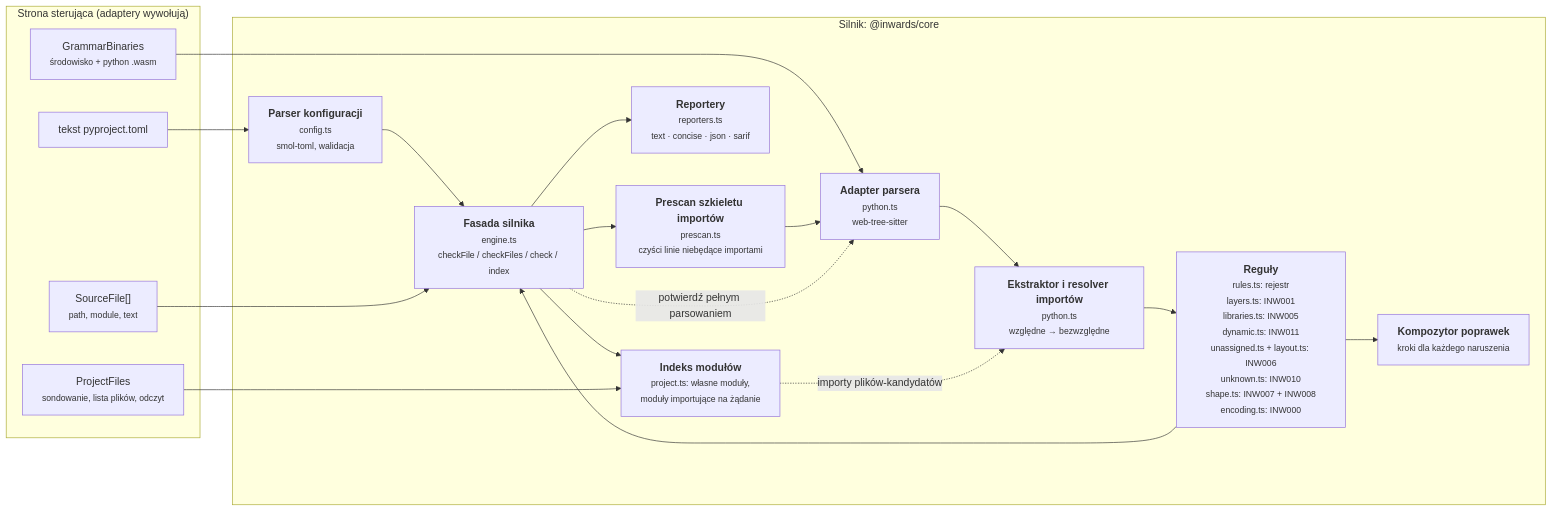
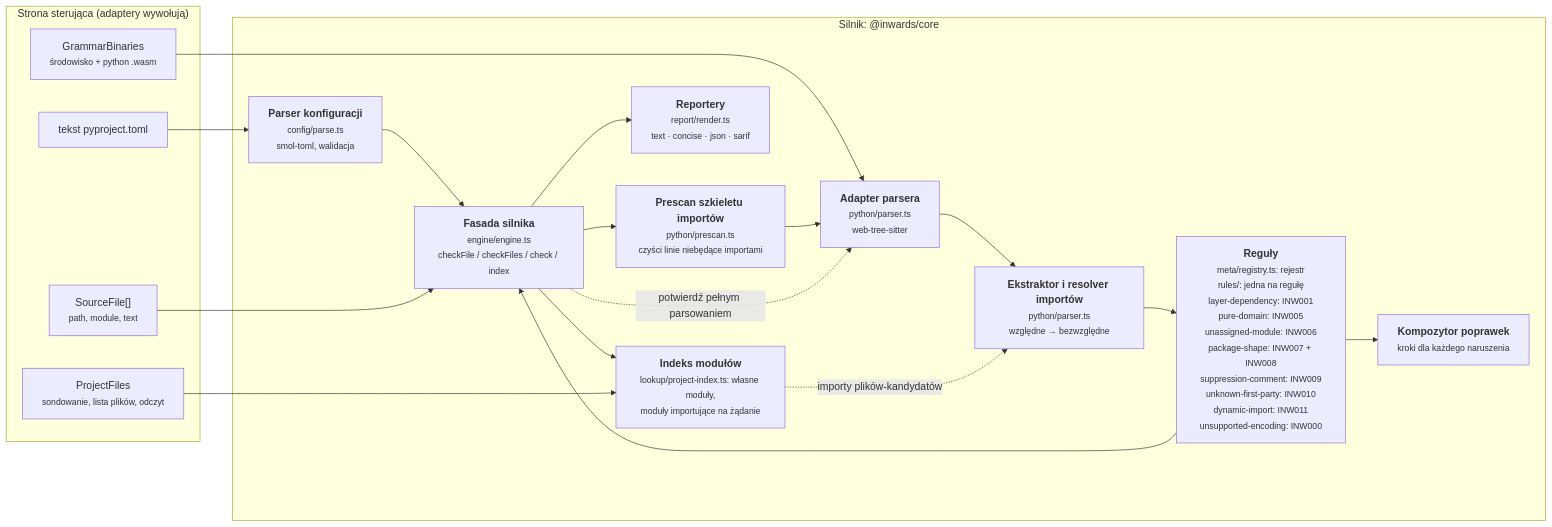
Before and after one commit to SirCypkowskyy/inwards: the third of 6 diagrams in docs/pl/03-Architecture-C4.md, drawn with Mermaid. The commit also changed other lines of this file and 5 other files, not shown here.

First line of the commit message:
docs(core): package guide, code map and diagram for the new layout

````diff
--- a/docs/pl/03-Architecture-C4.md
+++ b/docs/pl/03-Architecture-C4.md
@@ -104,33 +104,33 @@
 ```mermaid
 flowchart LR
     subgraph driving["Strona sterująca (adaptery wywołują)"]
         files["SourceFile[]<br/><small>path, module, text</small>"]
         cfgtext["tekst pyproject.toml"]
         wasm["GrammarBinaries<br/><small>środowisko + python .wasm</small>"]
         pfiles["ProjectFiles<br/><small>sondowanie, lista plików, odczyt</small>"]
     end
 
     subgraph enginebox["Silnik: @inwards/core"]
-        config["<b>Parser konfiguracji</b><br/><small>config.ts<br/>smol-toml, walidacja</small>"]
-        pre["<b>Prescan szkieletu importów</b><br/><small>prescan.ts<br/>czyści linie niebędące importami</small>"]
-        parser["<b>Adapter parsera</b><br/><small>python.ts<br/>web-tree-sitter</small>"]
-        extract["<b>Ekstraktor i resolver importów</b><br/><small>python.ts<br/>względne → bezwzględne</small>"]
-        rules["<b>Reguły</b><br/><small>rules.ts: rejestr<br/>layers.ts: INW001<br/>libraries.ts: INW005<br/>dynamic.ts: INW011<br/>unassigned.ts + layout.ts: INW006<br/>unknown.ts: INW010<br/>shape.ts: INW007 + INW008<br/>encoding.ts: INW000</small>"]
+        config["<b>Parser konfiguracji</b><br/><small>config/parse.ts<br/>smol-toml, walidacja</small>"]
+        pre["<b>Prescan szkieletu importów</b><br/><small>python/prescan.ts<br/>czyści linie niebędące importami</small>"]
+        parser["<b>Adapter parsera</b><br/><small>python/parser.ts<br/>web-tree-sitter</small>"]
+        extract["<b>Ekstraktor i resolver importów</b><br/><small>python/parser.ts<br/>względne → bezwzględne</small>"]
+        rules["<b>Reguły</b><br/><small>meta/registry.ts: rejestr<br/>rules/: jedna na regułę<br/>layer-dependency: INW001<br/>pure-domain: INW005<br/>unassigned-module: INW006<br/>package-shape: INW007 + INW008<br/>suppression-comment: INW009<br/>unknown-first-party: INW010<br/>dynamic-import: INW011<br/>unsupported-encoding: INW000</small>"]
         fix["<b>Kompozytor poprawek</b><br/><small>kroki dla każdego naruszenia</small>"]
-        report["<b>Reportery</b><br/><small>reporters.ts<br/>text · concise · json · sarif</small>"]
-        engine["<b>Fasada silnika</b><br/><small>engine.ts<br/>checkFile / checkFiles / check / index</small>"]
-        modgraph["<b>Indeks modułów</b><br/><small>project.ts: własne moduły,<br/>moduły importujące na żądanie</small>"]
+        report["<b>Reportery</b><br/><small>report/render.ts<br/>text · concise · json · sarif</small>"]
+        engine["<b>Fasada silnika</b><br/><small>engine/engine.ts<br/>checkFile / checkFiles / check / index</small>"]
+        modgraph["<b>Indeks modułów</b><br/><small>lookup/project-index.ts: własne moduły,<br/>moduły importujące na żądanie</small>"]
     end
 
     cfgtext --> config --> engine
     wasm --> parser
     files --> engine
     engine --> pre --> parser --> extract --> rules
     rules --> fix
     rules --> engine
     engine -. "potwierdź pełnym parsowaniem" .-> parser
     engine --> modgraph
     pfiles --> modgraph
     modgraph -. "importy plików-kandydatów" .-> extract
     engine --> report
 ```
````
